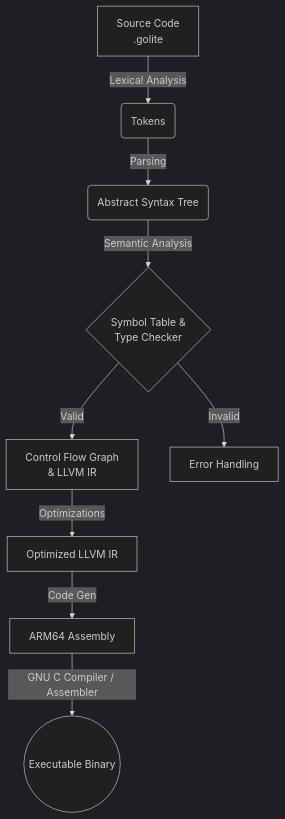
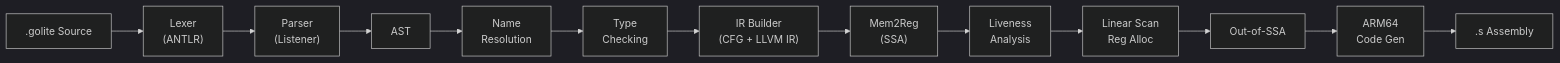
Before and after one commit to tusharsonthalia/CompileAndGo: the diagram in README.md, drawn with Mermaid (dark theme). The commit also changed other lines of this file, not shown here.

````diff
--- a/README.md
+++ b/README.md
@@ -9,11 +30,15 @@
 ```mermaid
-graph TD
-    A[Source Code <br/> .golite] -->|Lexical Analysis| B(Tokens)
-    B -->|Parsing| C(Abstract Syntax Tree)
-    C -->|Semantic Analysis| D{Symbol Table & <br/> Type Checker}
-    D -->|Valid| E[Control Flow Graph <br/> & LLVM IR]
-    D -->|Invalid| F[Error Handling]
-    E -->|Optimizations| G[Optimized LLVM IR]
-    G -->|Code Gen| H[ARM64 Assembly]
-    H -->|GNU C Compiler / Assembler| I((Executable Binary))
+graph LR
+    A[".golite Source"] --> B["Lexer<br/>(ANTLR)"]
+    B --> C["Parser<br/>(Listener)"]
+    C --> D["AST"]
+    D --> E["Name<br/>Resolution"]
+    E --> F["Type<br/>Checking"]
+    F --> G["IR Builder<br/>(CFG + LLVM IR)"]
+    G --> H["Mem2Reg<br/>(SSA)"]
+    H --> I["Liveness<br/>Analysis"]
+    I --> J["Linear Scan<br/>Reg Alloc"]
+    J --> K["Out-of-SSA"]
+    K --> L["ARM64<br/>Code Gen"]
+    L --> M[".s Assembly"]
 ```
````
